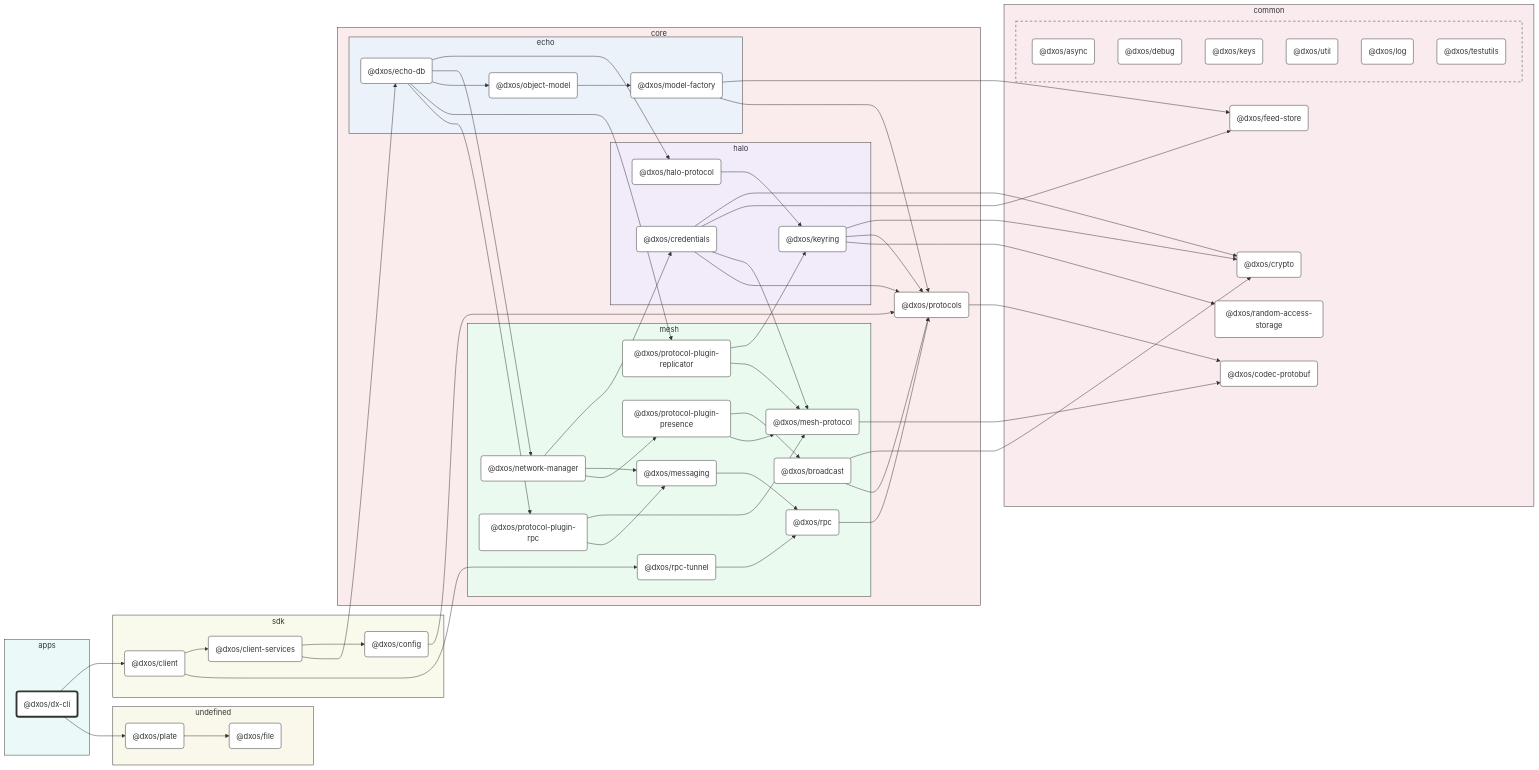
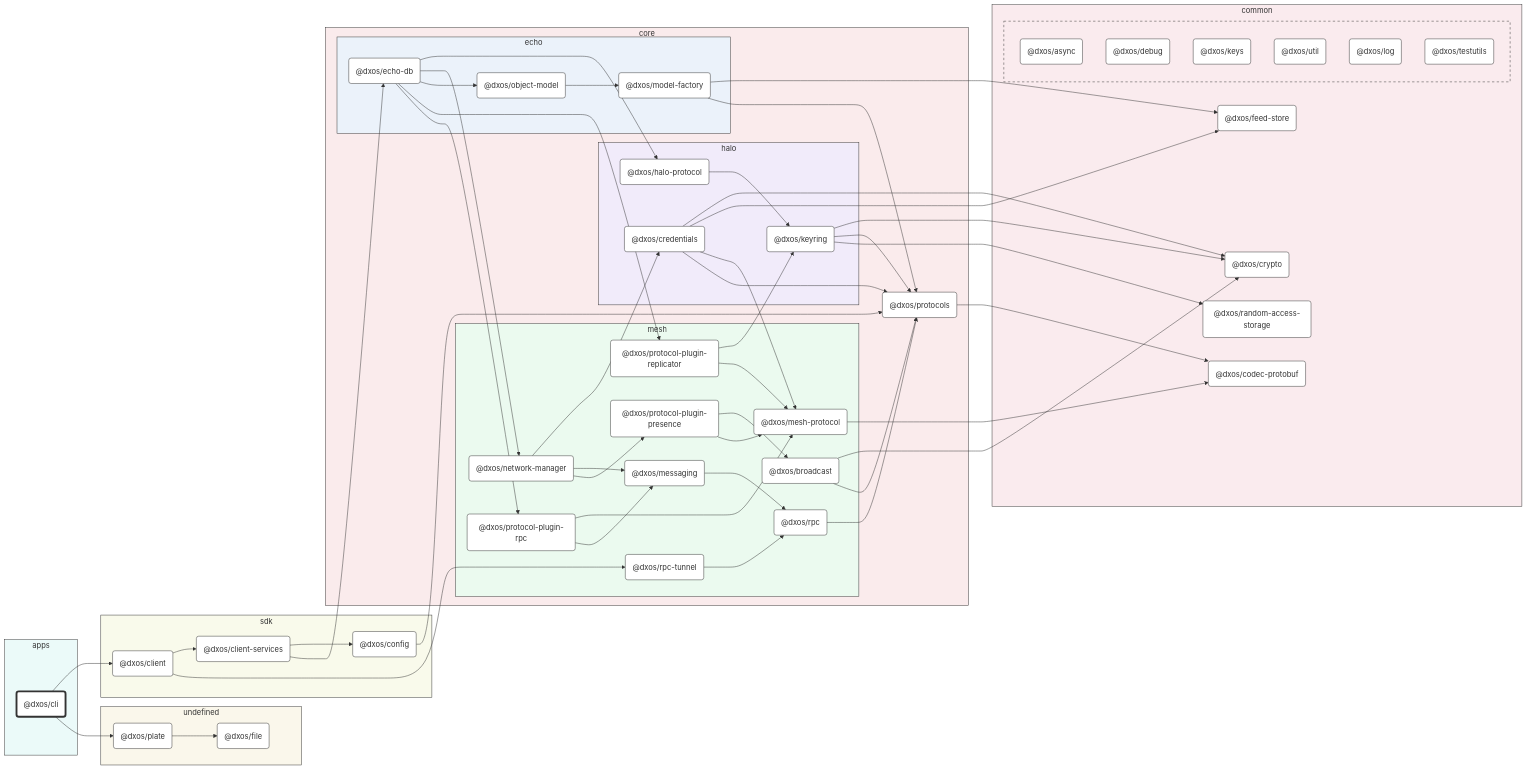
One commit to dxos/dxos changed the diagram in packages/devtools/cli/docs/README.md. Above: the diagram before and after it, drawn with Mermaid. The commit also changed other lines of this file and 9 other files, not shown here.

````diff
--- a/packages/devtools/cli/docs/README.md
+++ b/packages/devtools/cli/docs/README.md
@@ -17,8 +17,8 @@
 
 subgraph apps [apps]
   style apps fill:#ebfaf9,stroke:#333
-  dxos/dx-cli("@dxos/dx-cli"):::root
-  click dxos/dx-cli "dxos/dxos/tree/main/packages/apps/dx-cli/docs"
+  dxos/cli("@dxos/cli"):::root
+  click dxos/cli "dxos/dxos/tree/main/packages/apps/cli/docs"
 end
 
 subgraph common [common]
@@ -117,7 +117,7 @@
 
 %% Links
 linkStyle default stroke:#333,stroke-width:1px
-dxos/dx-cli --> dxos/client
+dxos/cli --> dxos/client
 dxos/client --> dxos/client-services
 dxos/client-services --> dxos/config
 dxos/config --> dxos/protocols
@@ -155,6 +155,6 @@
 dxos/protocol-plugin-rpc --> dxos/messaging
 dxos/client --> dxos/rpc-tunnel
 dxos/rpc-tunnel --> dxos/rpc
-dxos/dx-cli --> dxos/plate
+dxos/cli --> dxos/plate
 dxos/plate --> dxos/file
 ```
````
